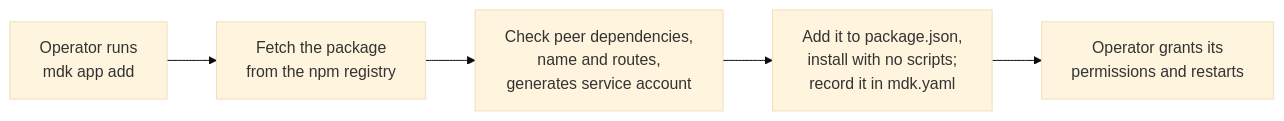
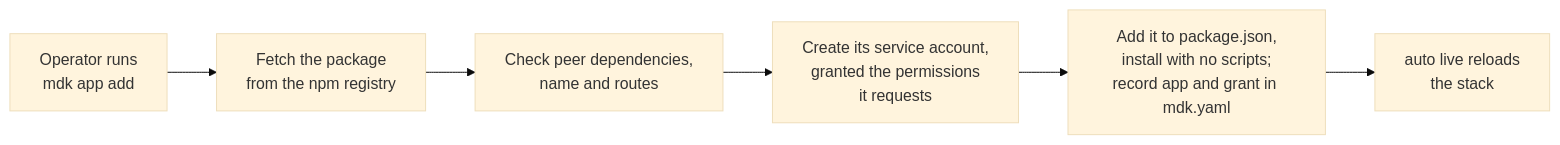
The diagram in docs/hld-app-packaging.md (ankit-tether/mdk-be), drawn with Mermaid (base theme) before and after one commit. The commit also changed other lines of this file and 2 other files, not shown here.

````diff
--- a/docs/hld-app-packaging.md
+++ b/docs/hld-app-packaging.md
@@ -178,7 +179,8 @@
 ```mermaid
 flowchart LR
   A["Operator runs<br/>mdk app add"] --> B["Fetch the package<br/>from the npm registry"]
-  B --> C["Check peer dependencies,<br/>name and routes,<br/>generates service account"]
-  C --> D["Add it to package.json,<br/>install with no scripts;<br/>record it in mdk.yaml"]
-  D --> E["Operator grants its<br/>permissions and restarts"]
+  B --> C["Check peer dependencies,<br/>name and routes"]
+  C --> D["Create its service account,<br/>granted the permissions<br/>it requests"]
+  D --> E["Add it to package.json,<br/>install with no scripts;<br/>record app and grant in mdk.yaml"]
+  E --> F["auto live reloads<br/>the stack"]
 ```
````
